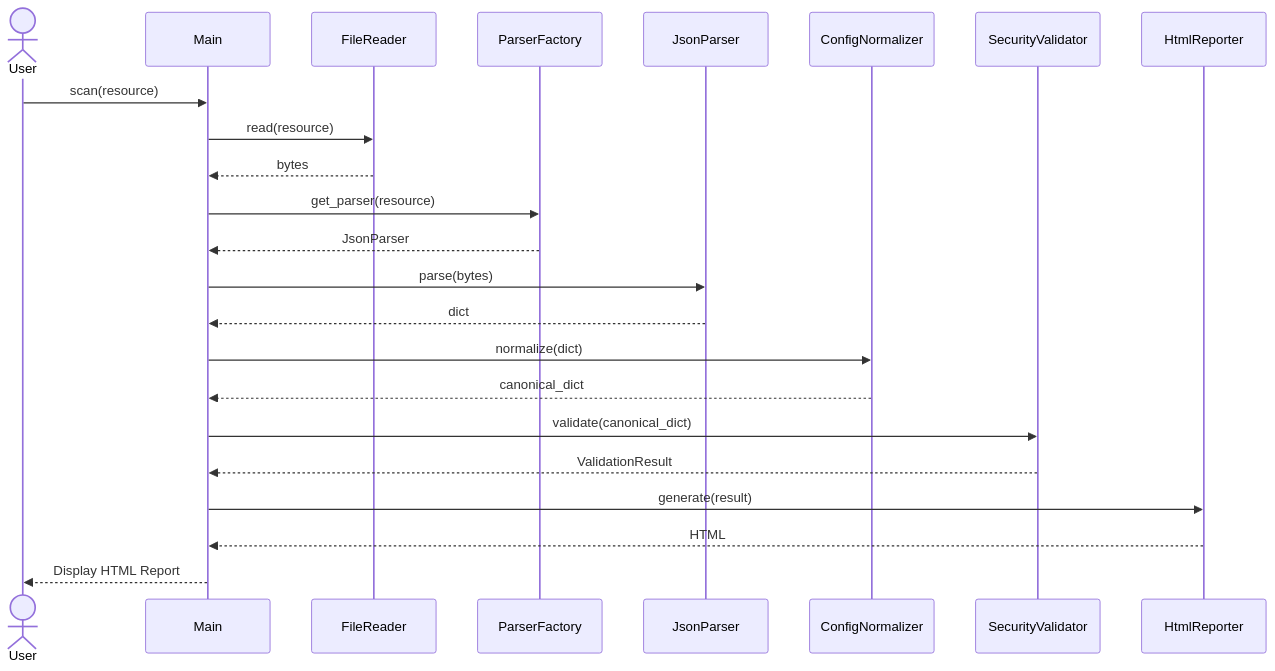
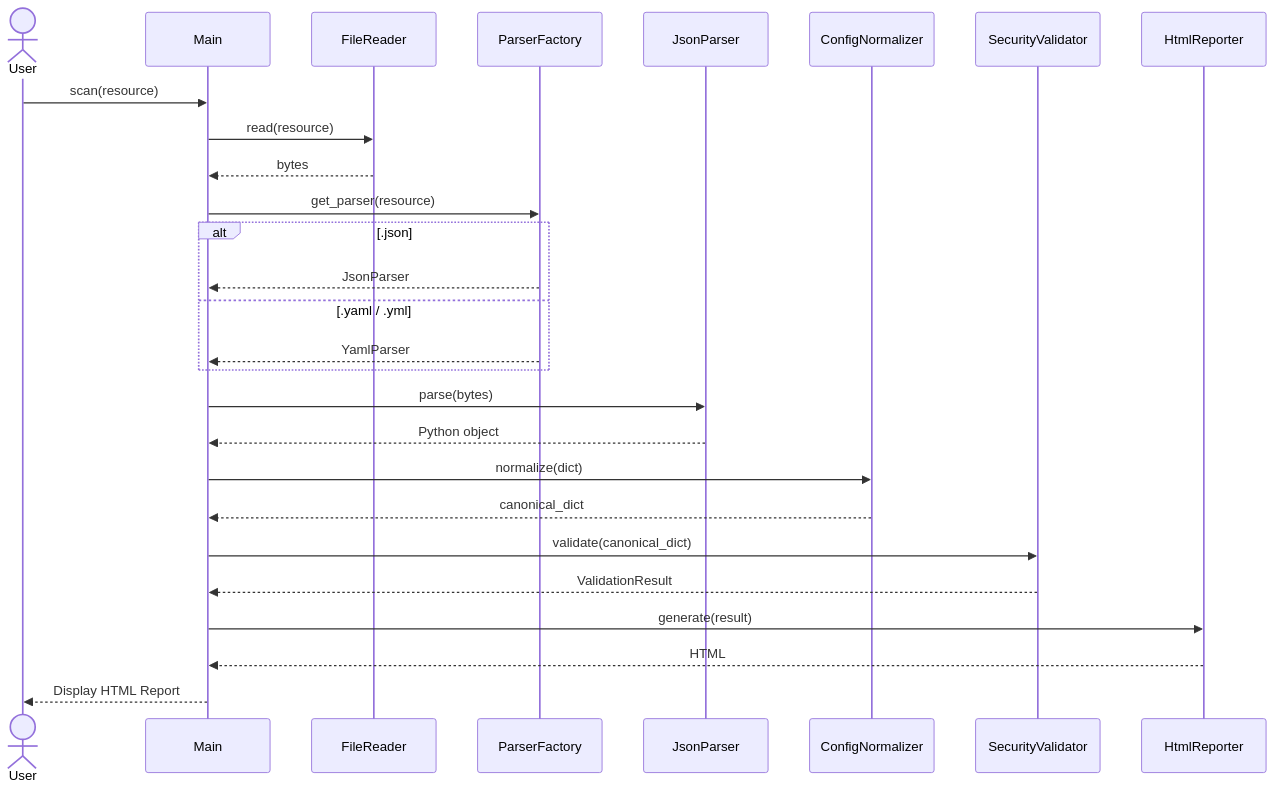
Before and after one commit to truongtranit/security-configuration-inspector: the third of 3 diagrams in docs/developer-guide.md, drawn with Mermaid. The commit also changed other lines of this file and 9 other files, not shown here.

````diff
--- a/docs/developer-guide.md
+++ b/docs/developer-guide.md
@@ -103,41 +102,45 @@
-```mermaid
+``` mermaid
 sequenceDiagram
 
     actor User
 
     participant Main
     participant FileReader
     participant ParserFactory
     participant JsonParser
     participant ConfigNormalizer
     participant SecurityValidator
     participant HtmlReporter
 
     User->>Main: scan(resource)
 
     Main->>FileReader: read(resource)
 
     FileReader-->>Main: bytes
 
     Main->>ParserFactory: get_parser(resource)
 
+    alt .json
     ParserFactory-->>Main: JsonParser
+else .yaml / .yml
+    ParserFactory-->>Main: YamlParser
+end
 
     Main->>JsonParser: parse(bytes)
 
-    JsonParser-->>Main: dict
+    JsonParser-->>Main: Python object
 
     Main->>ConfigNormalizer: normalize(dict)
 
     ConfigNormalizer-->>Main: canonical_dict
 
     Main->>SecurityValidator: validate(canonical_dict)
 
     SecurityValidator-->>Main: ValidationResult
 
     Main->>HtmlReporter: generate(result)
 
     HtmlReporter-->>Main: HTML
 
     Main-->>User: Display HTML Report
 ```
````
